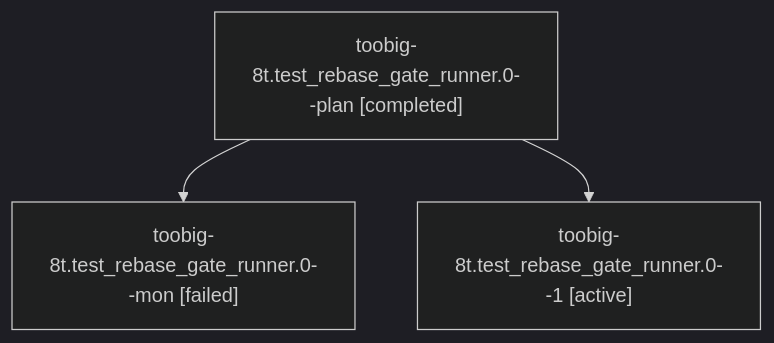
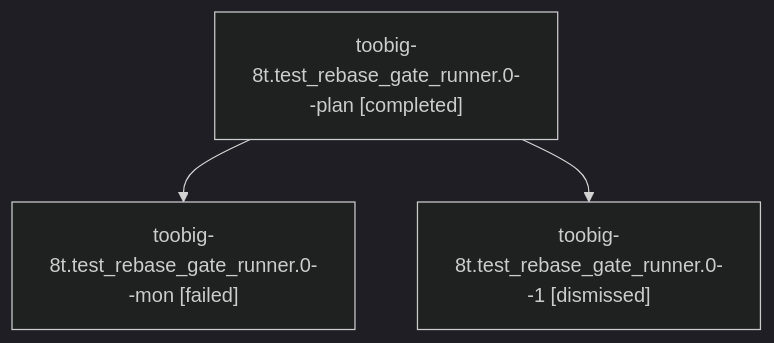
One commit to sase-org/sase--agents changed the diagram in sessions/bbugyi200.athena.toobig-8t.test_rebase_gate_runner.0.md. Above: the diagram before and after it, drawn with Mermaid (dark theme). The commit also changed other lines of this file and 53 other files, not shown here.

````diff
--- a/sessions/bbugyi200.athena.toobig-8t.test_rebase_gate_runner.0.md
+++ b/sessions/bbugyi200.athena.toobig-8t.test_rebase_gate_runner.0.md
@@ -9,8 +9,8 @@
 ```mermaid
 flowchart TD
   n0["toobig-8t.test_rebase_gate_runner.0--plan [completed]"]
   n1["toobig-8t.test_rebase_gate_runner.0--mon [failed]"]
   n0 --> n1
-  n2["toobig-8t.test_rebase_gate_runner.0--1 [active]"]
+  n2["toobig-8t.test_rebase_gate_runner.0--1 [dismissed]"]
   n0 --> n2
 ```
````
